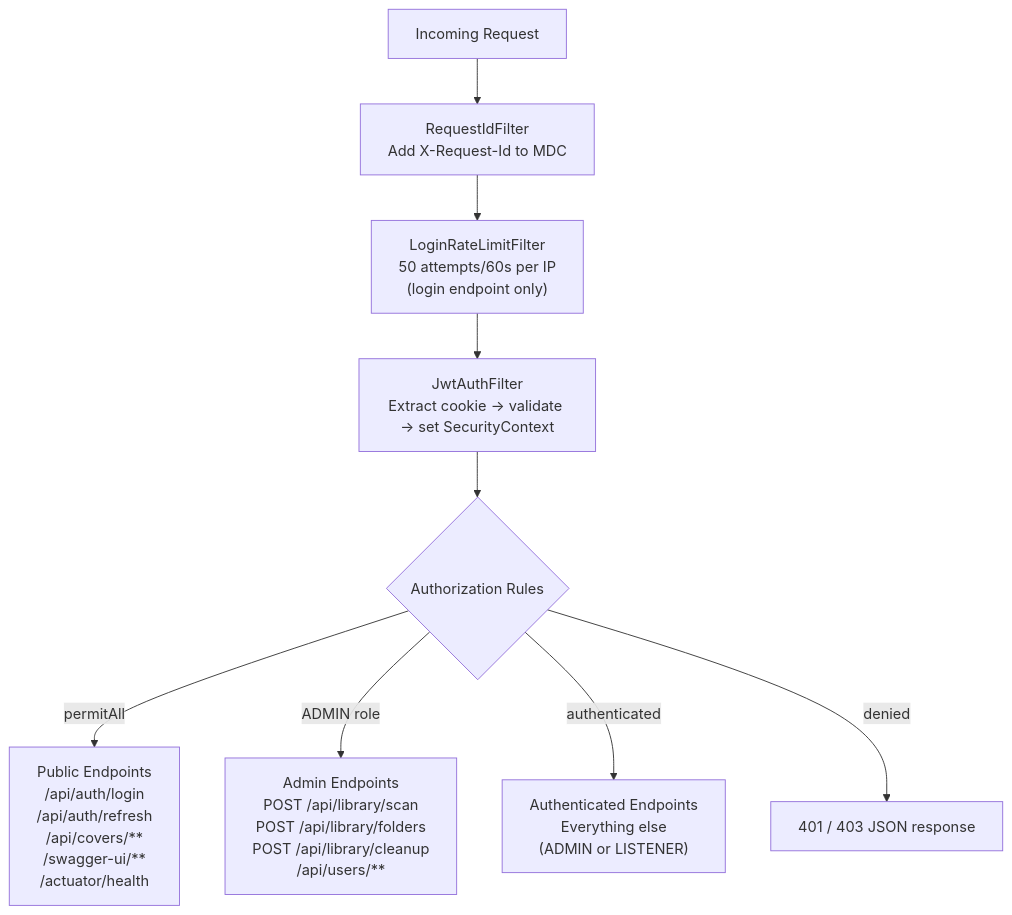
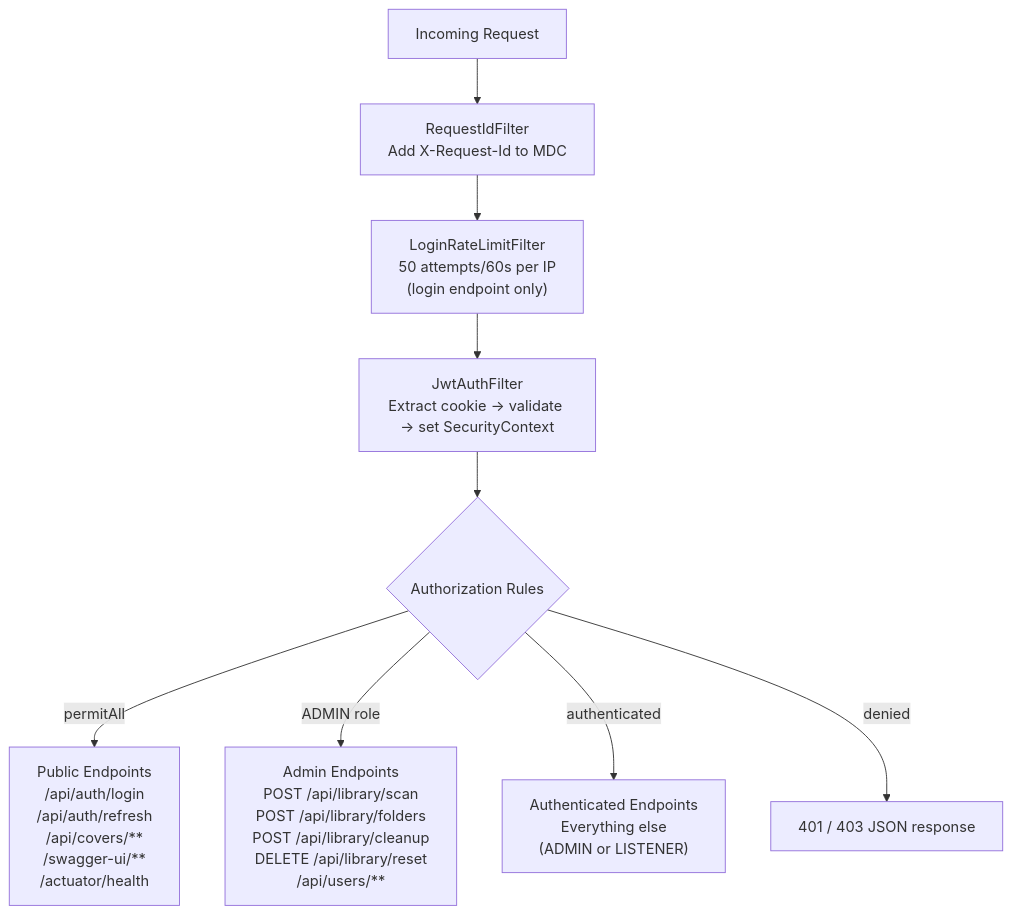
One commit to Cortadai/musicode changed the second of 5 diagrams in sonance-server/README.md. Above: the diagram before and after it, drawn with Mermaid. The commit also changed other lines of this file, not shown here.

````diff
--- a/sonance-server/README.md
+++ b/sonance-server/README.md
@@ -70,12 +70,12 @@
 ```mermaid
 graph TD
     Req["Incoming Request"] --> ReqId["RequestIdFilter<br/>Add X-Request-Id to MDC"]
     ReqId --> Rate["LoginRateLimitFilter<br/>50 attempts/60s per IP<br/>(login endpoint only)"]
     Rate --> JWT["JwtAuthFilter<br/>Extract cookie → validate → set SecurityContext"]
     JWT --> Auth{"Authorization Rules"}
 
     Auth -->|"permitAll"| Public["Public Endpoints<br/>/api/auth/login<br/>/api/auth/refresh<br/>/api/covers/**<br/>/swagger-ui/**<br/>/actuator/health"]
-    Auth -->|"ADMIN role"| Admin["Admin Endpoints<br/>POST /api/library/scan<br/>POST /api/library/folders<br/>POST /api/library/cleanup<br/>/api/users/**"]
+    Auth -->|"ADMIN role"| Admin["Admin Endpoints<br/>POST /api/library/scan<br/>POST /api/library/folders<br/>POST /api/library/cleanup<br/>DELETE /api/library/reset<br/>/api/users/**"]
     Auth -->|"authenticated"| User["Authenticated Endpoints<br/>Everything else<br/>(ADMIN or LISTENER)"]
     Auth -->|"denied"| Err["401 / 403 JSON response"]
 ```
````
